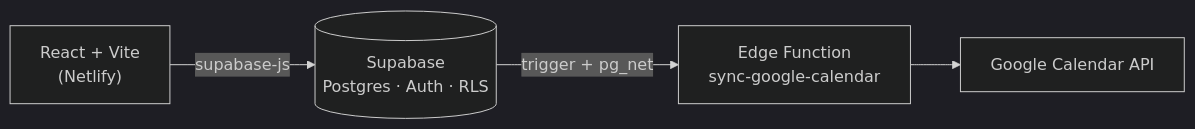
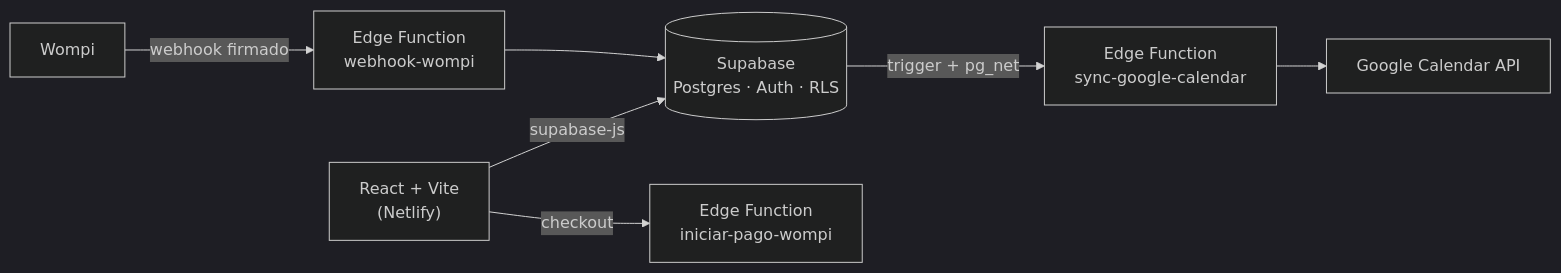
One commit to emily9991/System-for-academies changed the diagram in README.md. Above: the diagram before and after it, drawn with Mermaid (dark theme). The commit also changed other lines of this file and 10 other files, not shown here.

````diff
--- a/README.md
+++ b/README.md
@@ -52,6 +68,9 @@
 ```mermaid
 flowchart LR
     A["React + Vite<br/>(Netlify)"] -->|supabase-js| B[("Supabase<br/>Postgres · Auth · RLS")]
     B -->|"trigger + pg_net"| C["Edge Function<br/>sync-google-calendar"]
     C --> D["Google Calendar API"]
+    A -->|"checkout"| E["Edge Function<br/>iniciar-pago-wompi"]
+    F["Wompi"] -->|"webhook firmado"| G["Edge Function<br/>webhook-wompi"]
+    G --> B
 ```
````
